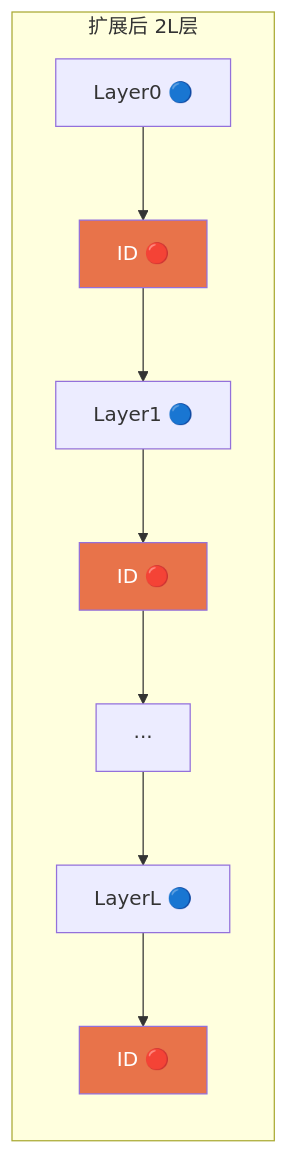
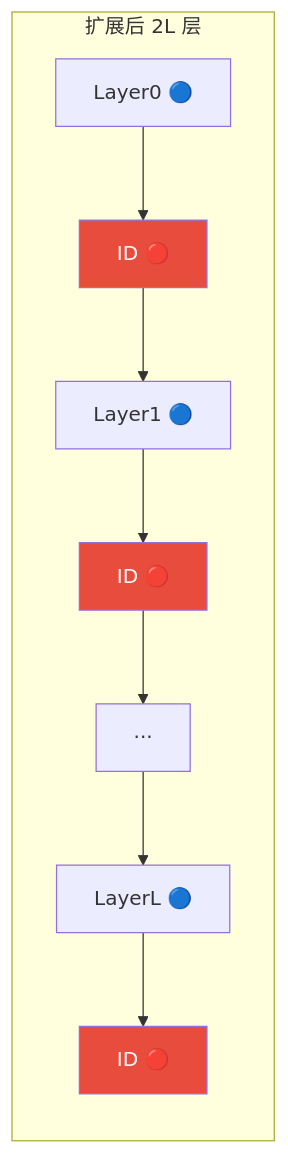
Diagram 12 of 15 in docs/llm_param_expansion.md (jianzhnie/PCL-Model-Kit), drawn with Mermaid before and after one commit. The commit also changed other lines of this file, not shown here.

````diff
--- a/docs/llm_param_expansion.md
+++ b/docs/llm_param_expansion.md
@@ -407,9 +488,9 @@
 ```mermaid
 graph LR
-    subgraph 扩展后 2L层
+    subgraph EXP["扩展后 2L 层"]
         B0["Layer0 🔵"] --> I0["ID 🔴"] --> B1["Layer1 🔵"] --> I1["ID 🔴"] --> Bx2["···"] --> BN["LayerL 🔵"] --> IN["ID 🔴"]
     end
-    style I0 fill:#E8734A,color:#fff
-    style I1 fill:#E8734A,color:#fff
-    style IN fill:#E8734A,color:#fff
+    style I0 fill:#E74C3C,color:#fff
+    style I1 fill:#E74C3C,color:#fff
+    style IN fill:#E74C3C,color:#fff
 ```
````
